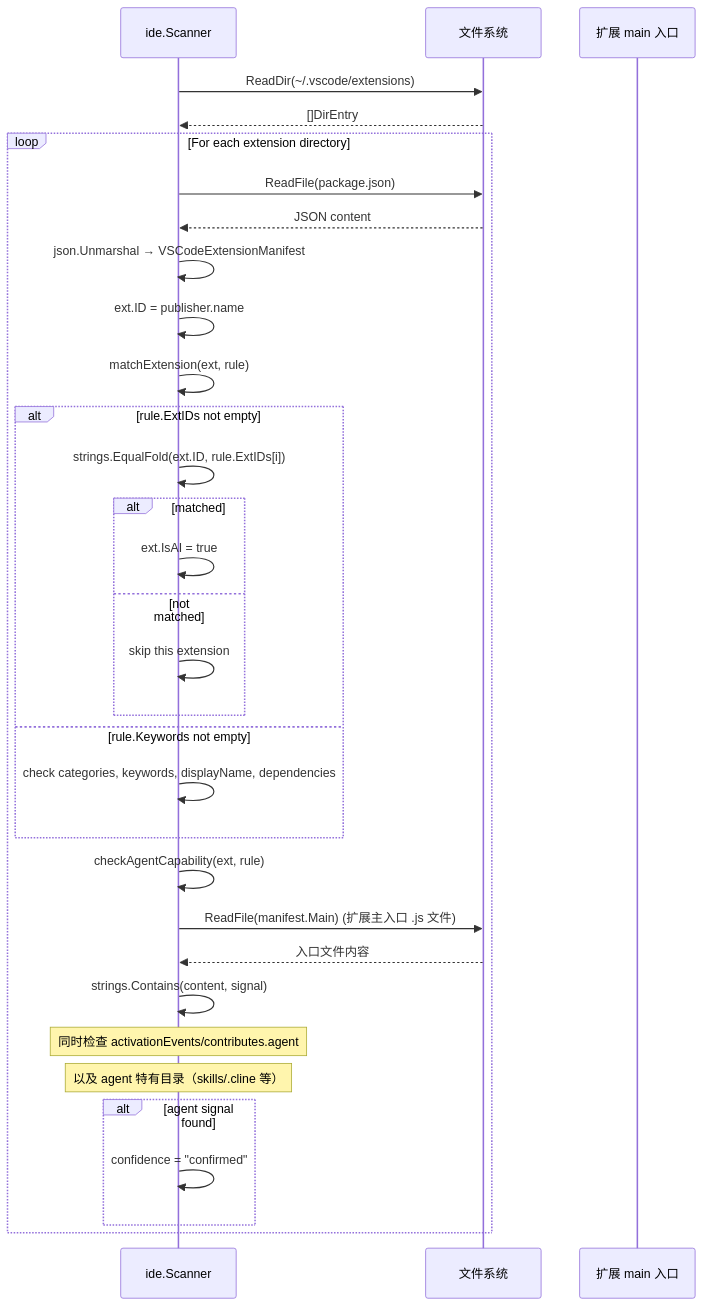
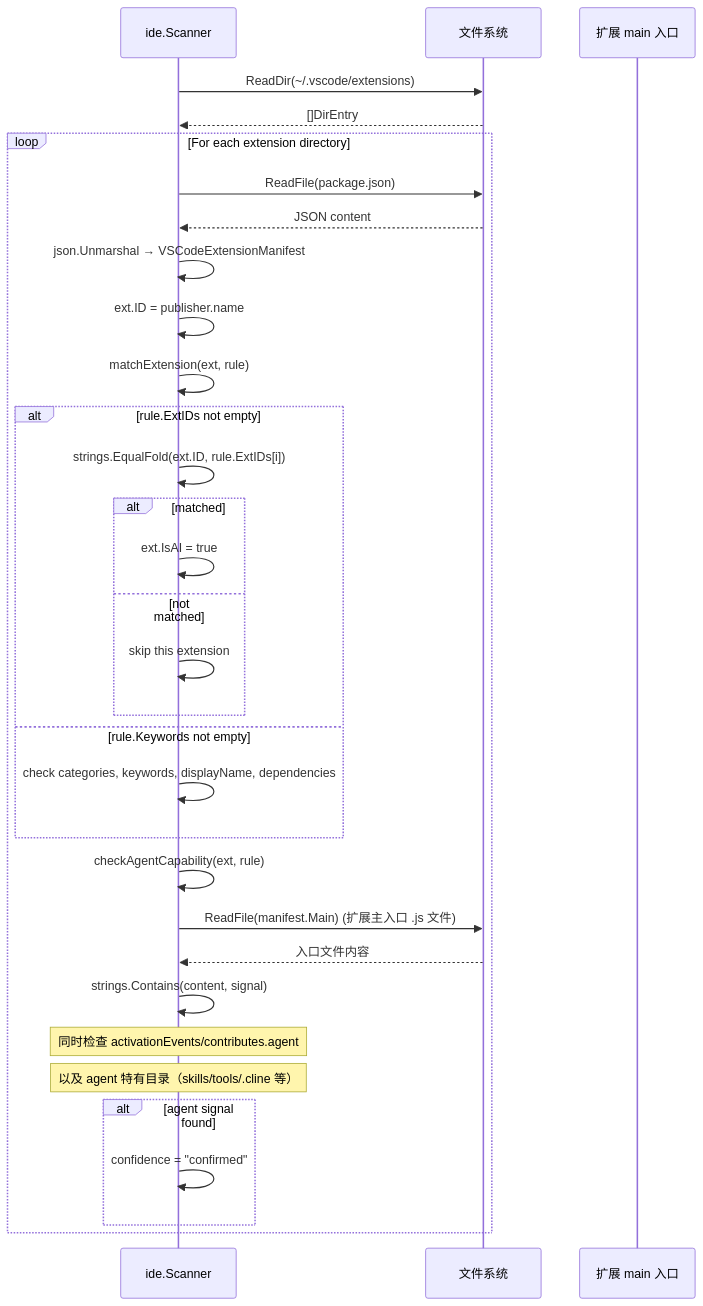
The fourth of 4 diagrams in docs/architecture.md (zhanglimao/ai-asset-discovery), drawn with Mermaid before and after one commit. The commit also changed other lines of this file and 4 other files, not shown here.

````diff
--- a/docs/architecture.md
+++ b/docs/architecture.md
@@ -534,37 +553,37 @@
 ```mermaid
 sequenceDiagram
     participant IDE as ide.Scanner
     participant FS as 文件系统
     participant Ext as 扩展 main 入口
 
     IDE->>FS: ReadDir(~/.vscode/extensions)
     FS-->>IDE: []DirEntry
     loop For each extension directory
         IDE->>FS: ReadFile(package.json)
         FS-->>IDE: JSON content
         IDE->>IDE: json.Unmarshal → VSCodeExtensionManifest
         IDE->>IDE: ext.ID = publisher.name
 
         IDE->>IDE: matchExtension(ext, rule)
         alt rule.ExtIDs not empty
             IDE->>IDE: strings.EqualFold(ext.ID, rule.ExtIDs[i])
             alt matched
                 IDE->>IDE: ext.IsAI = true
             else not matched
                 IDE->>IDE: skip this extension
             end
         else rule.Keywords not empty
             IDE->>IDE: check categories, keywords, displayName, dependencies
         end
 
         IDE->>IDE: checkAgentCapability(ext, rule)
         IDE->>FS: ReadFile(manifest.Main) (扩展主入口 .js 文件)
         FS-->>IDE: 入口文件内容
         IDE->>IDE: strings.Contains(content, signal)
         Note over IDE: 同时检查 activationEvents/contributes.agent
-        Note over IDE: 以及 agent 特有目录（skills/.cline 等）
+        Note over IDE: 以及 agent 特有目录（skills/tools/.cline 等）
         alt agent signal found
             IDE->>IDE: confidence = "confirmed"
         end
     end
 ```
````
